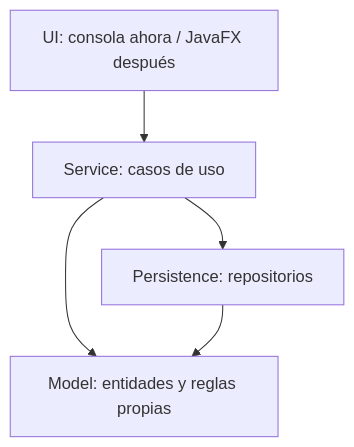
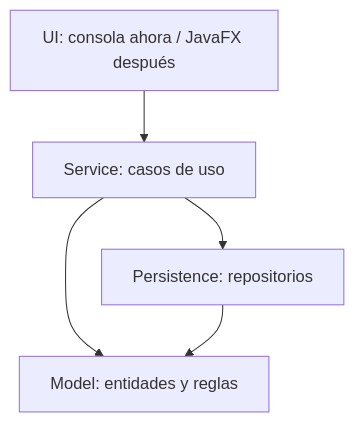
One commit to carloscamelo2008-lang/la-exclusiva-p3 changed the diagram in docs/fase-2/arquitectura-inicial.md. Above: the diagram before and after it, drawn with Mermaid. The commit also changed other lines of this file and 10 other files, not shown here.

```diff
--- a/docs/fase-2/arquitectura-inicial.md
+++ b/docs/fase-2/arquitectura-inicial.md
@@ -39,7 +36,7 @@
 ~~~~mermaid
 flowchart TD
     UI["UI: consola ahora / JavaFX después"] --> SERVICE["Service: casos de uso"]
-    SERVICE --> MODEL["Model: entidades y reglas propias"]
+    SERVICE --> MODEL["Model: entidades y reglas"]
     SERVICE --> PERSISTENCE["Persistence: repositorios"]
     PERSISTENCE --> MODEL
 ~~~~
```
